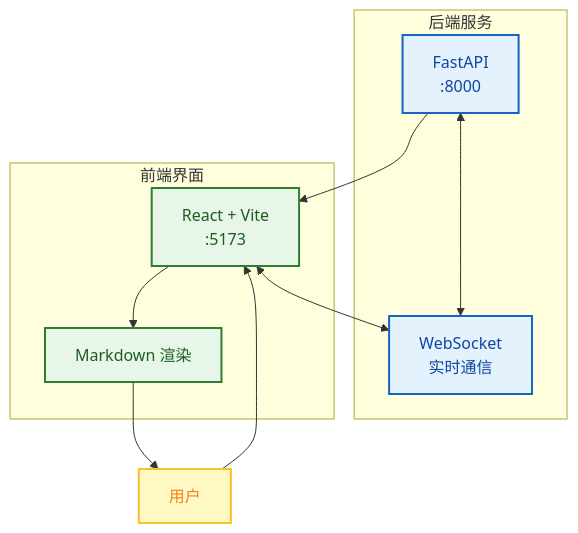
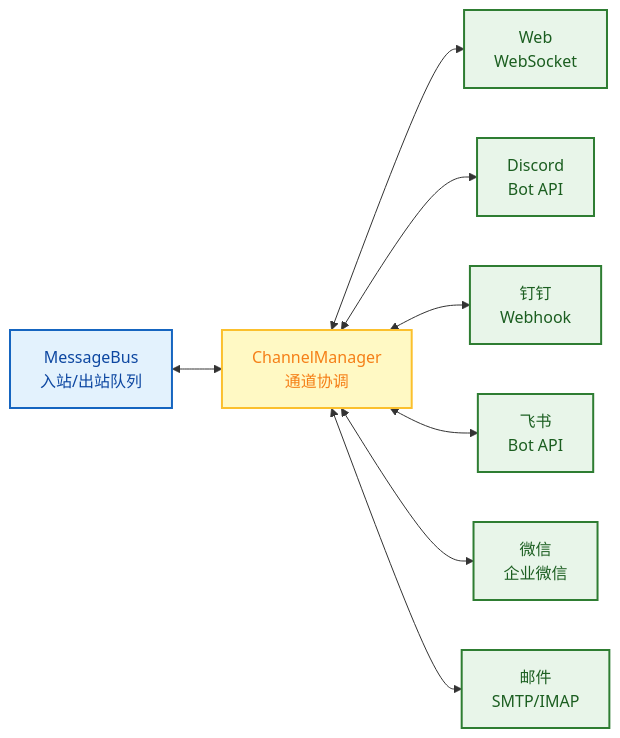
One commit to xt765/FinchBot changed the eighth of 8 diagrams in docs/zh-CN/blog/finchbot-flexible-ai-agent-framework.md. Above: the diagram before and after it, drawn with Mermaid. The commit also changed other lines of this file, not shown here.

````diff
--- a/docs/zh-CN/blog/finchbot-flexible-ai-agent-framework.md
+++ b/docs/zh-CN/blog/finchbot-flexible-ai-agent-framework.md
@@ -468,24 +547,19 @@
 ```mermaid
-flowchart TB
-    classDef backend fill:#e3f2fd,stroke:#1565c0,stroke-width:2px,color:#0d47a1;
-    classDef frontend fill:#e8f5e9,stroke:#2e7d32,stroke-width:2px,color:#1b5e20;
-    classDef user fill:#fff9c4,stroke:#fbc02d,stroke-width:2px,color:#f57f17;
+flowchart LR
+    classDef bus fill:#e3f2fd,stroke:#1565c0,stroke-width:2px,color:#0d47a1;
+    classDef manager fill:#fff9c4,stroke:#fbc02d,stroke-width:2px,color:#f57f17;
+    classDef channel fill:#e8f5e9,stroke:#2e7d32,stroke-width:2px,color:#1b5e20;
 
-    subgraph Backend [后端服务]
-        API[FastAPI<br/>:8000]:::backend
-        WS[WebSocket<br/>实时通信]:::backend
-    end
+    Bus[MessageBus<br/>入站/出站队列]:::bus
+    CM[ChannelManager<br/>通道协调]:::manager
 
-    subgraph Frontend [前端界面]
-        React[React + Vite<br/>:5173]:::frontend
-        MD[Markdown 渲染]:::frontend
-    end
+    Web[Web<br/>WebSocket]:::channel
+    Discord[Discord<br/>Bot API]:::channel
+    DingTalk[钉钉<br/>Webhook]:::channel
+    Feishu[飞书<br/>Bot API]:::channel
+    WeChat[微信<br/>企业微信]:::channel
+    Email[邮件<br/>SMTP/IMAP]:::channel
 
-    U[用户]:::user --> React
-    React <--> WS
-    WS <--> API
-
-    API --> React
-    React --> MD
-    MD --> U
+    Bus <--> CM
+    CM <--> Web & Discord & DingTalk & Feishu & WeChat & Email
 ```
````
